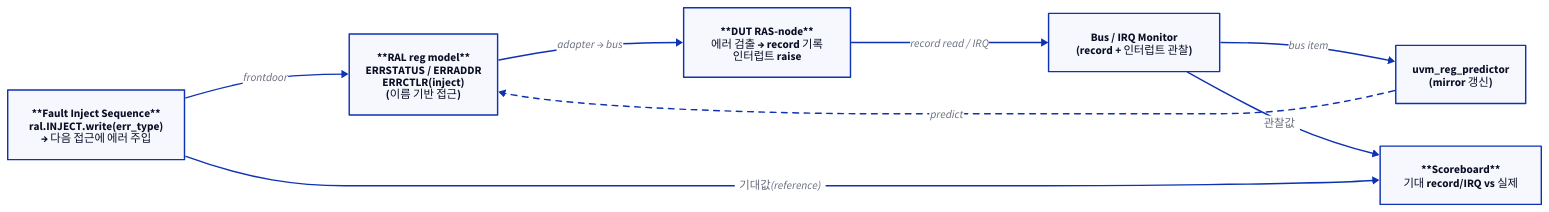
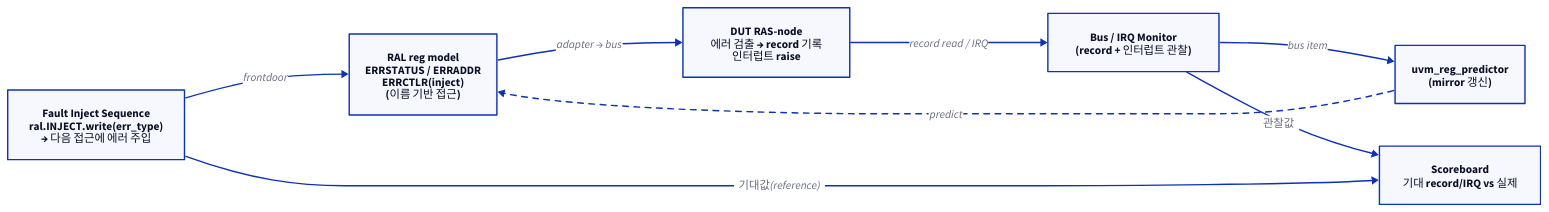
Before and after one commit to humbleowl39/DV_SKOOL: the first of 2 diagrams in starlight_site/src/content/docs/ras/03_ras_node_fault_injection.md, drawn with D2. The commit also changed other lines of this file and 714 other files, not shown here.

First line of the commit message:
fix(site): d2 다이어그램 가독성 결함 6종 일괄 수정

````diff
--- a/starlight_site/src/content/docs/ras/03_ras_node_fault_injection.md
+++ b/starlight_site/src/content/docs/ras/03_ras_node_fault_injection.md
@@ -51,18 +51,18 @@
 ```d2
 direction: right
 
-SEQ: "**Fault Inject Sequence**\nral.INJECT.write(err_type)\n→ 다음 접근에 에러 주입"
-RAL: "**RAL reg model**\nERRSTATUS / ERRADDR\nERRCTLR(inject)\n(이름 기반 접근)"
-DUT: "**DUT RAS-node**\n에러 검출 → record 기록\n인터럽트 raise"
+SEQ: "Fault Inject Sequence\nral.INJECT.write(err_type)\n→ 다음 접근에 에러 주입"
+RAL: "RAL reg model\nERRSTATUS / ERRADDR\nERRCTLR(inject)\n(이름 기반 접근)"
+DUT: "DUT RAS-node\n에러 검출 → record 기록\n인터럽트 raise"
 MON: "Bus / IRQ Monitor\n(record + 인터럽트 관찰)"
 PRED: "uvm_reg_predictor\n(mirror 갱신)"
-SB: "**Scoreboard**\n기대 record/IRQ vs 실제"
+SB: "Scoreboard\n기대 record/IRQ vs 실제"
 
 SEQ -> RAL: "frontdoor"
 RAL -> DUT: "adapter → bus"
 DUT -> MON: "record read / IRQ"
 MON -> PRED: "bus item"
 PRED -> RAL: "predict" { style.stroke-dash: 4 }
 MON -> SB: "관찰값"
 SEQ -> SB: "기대값(reference)"
 ```
````
